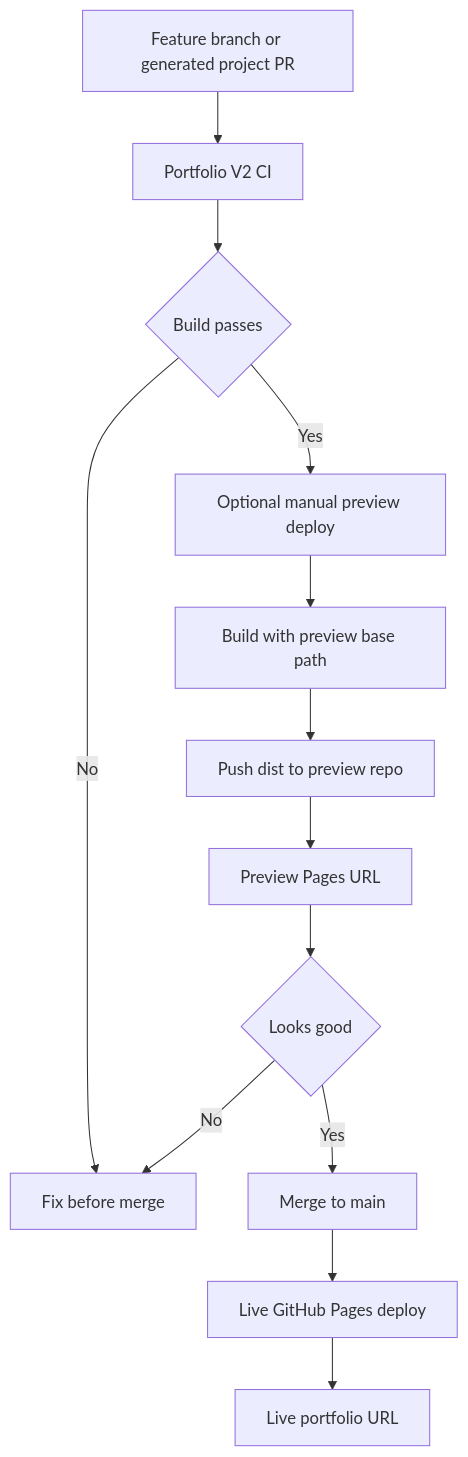
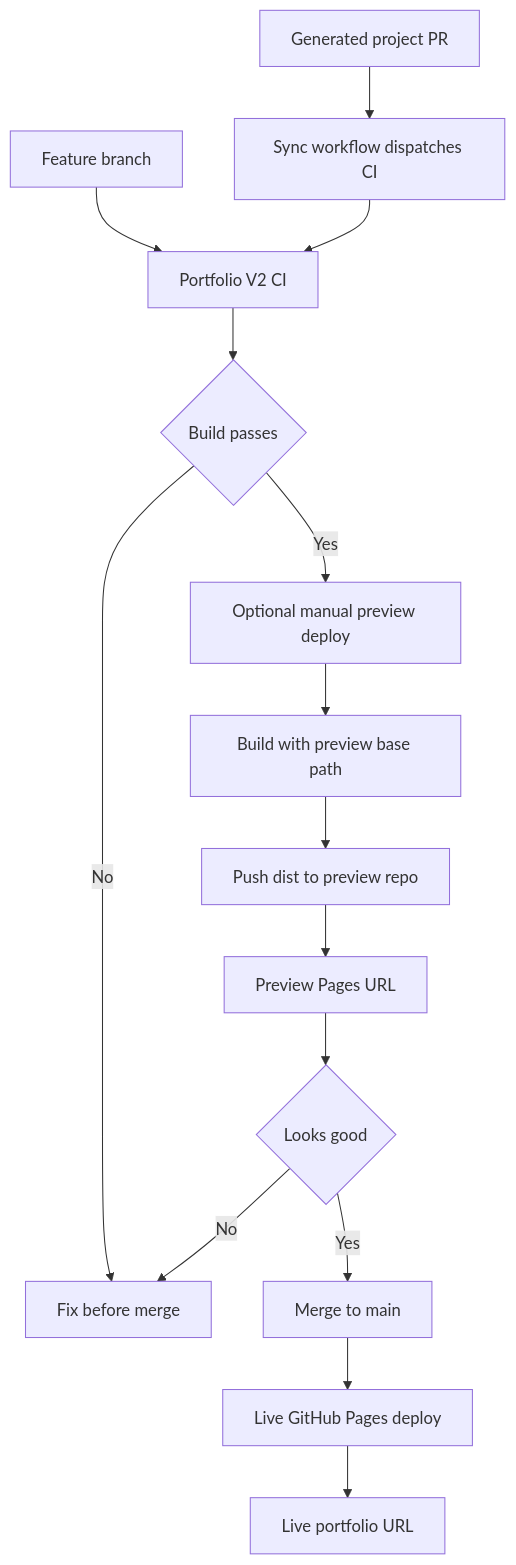
The second of 2 diagrams in README.md (vikramsh2002/My-Portfolio), drawn with Mermaid before and after one commit. The commit also changed other lines of this file and 2 other files, not shown here.

Commit message:
Trigger CI for generated portfolio PRs

````diff
--- a/README.md
+++ b/README.md
@@ -43,15 +45,17 @@
 ```mermaid
 flowchart TD
-    A["Feature branch or generated project PR"] --> B["Portfolio V2 CI"]
+    A["Feature branch"] --> B["Portfolio V2 CI"]
+    M["Generated project PR"] --> N["Sync workflow dispatches CI"]
+    N --> B
     B --> C{"Build passes"}
     C -->|No| D["Fix before merge"]
     C -->|Yes| E["Optional manual preview deploy"]
     E --> F["Build with preview base path"]
     F --> G["Push dist to preview repo"]
     G --> H["Preview Pages URL"]
     H --> I{"Looks good"}
     I -->|No| D
     I -->|Yes| J["Merge to main"]
     J --> K["Live GitHub Pages deploy"]
     K --> L["Live portfolio URL"]
 ```
````
